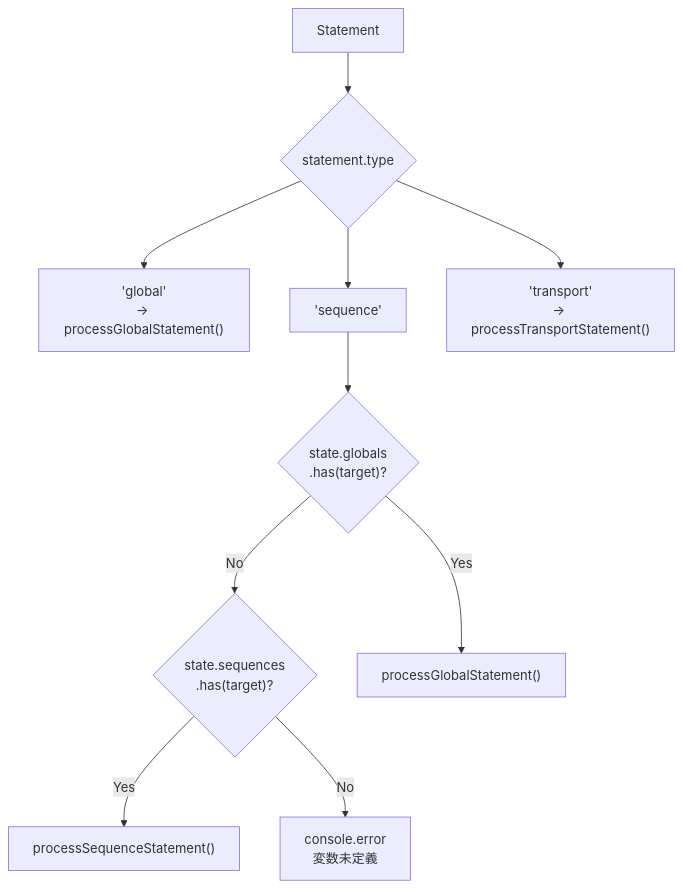
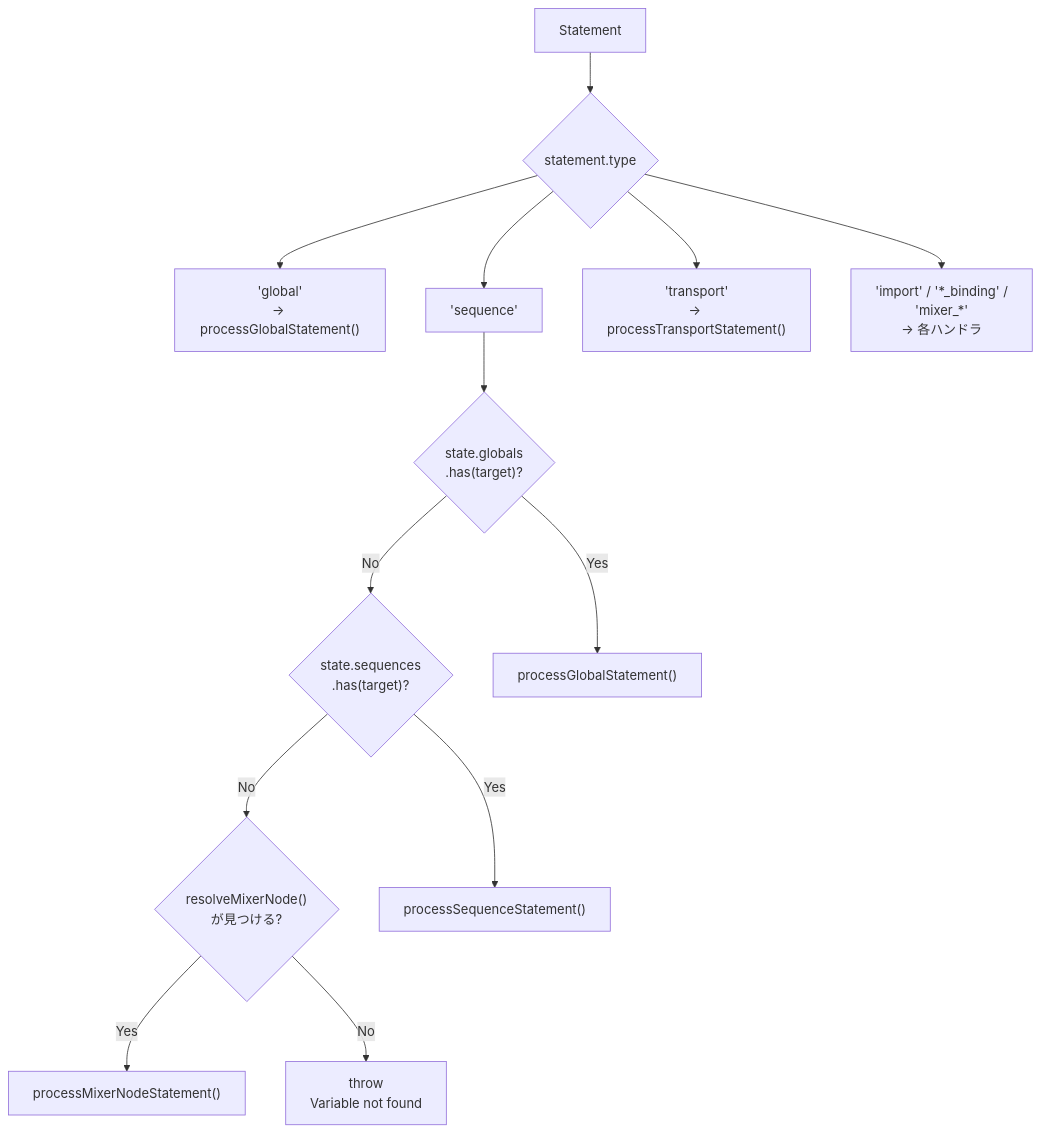
The first of 2 diagrams in sites/dev/pipeline/evaluation.md (signalcompose/orbitscore), drawn with Mermaid before and after one commit. The commit also changed other lines of this file and 14 other files, not shown here.

````diff
--- a/sites/dev/pipeline/evaluation.md
+++ b/sites/dev/pipeline/evaluation.md
@@ -212,23 +306,29 @@
 ```mermaid
 flowchart TD
   stmt["Statement"]
   sw{"statement.type"}
   g["'global'\n→ processGlobalStatement()"]
   seq["'sequence'"]
   chkG{"state.globals\n.has(target)?"}
   chkS{"state.sequences\n.has(target)?"}
+  chkM{"resolveMixerNode()\nが見つける?"}
   gStmt["processGlobalStatement()"]
   sStmt["processSequenceStatement()"]
-  err["console.error\n変数未定義"]
+  mStmt["processMixerNodeStatement()"]
+  err["throw\nVariable not found"]
   trans["'transport'\n→ processTransportStatement()"]
+  other["'import' / '*_binding' /\n'mixer_*'\n→ 各ハンドラ"]
 
   stmt --> sw
   sw --> g
   sw --> seq
   sw --> trans
+  sw --> other
   seq --> chkG
   chkG -- Yes --> gStmt
   chkG -- No --> chkS
   chkS -- Yes --> sStmt
-  chkS -- No --> err
+  chkS -- No --> chkM
+  chkM -- Yes --> mStmt
+  chkM -- No --> err
 ```
````
